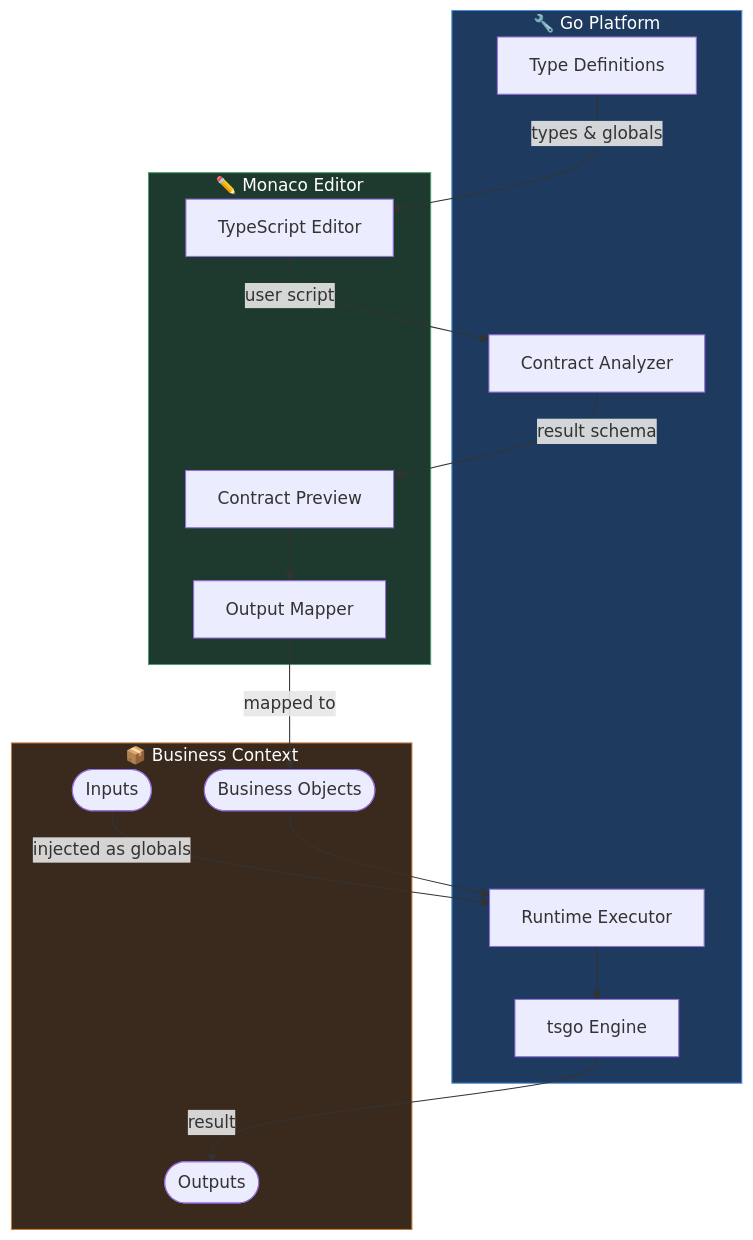
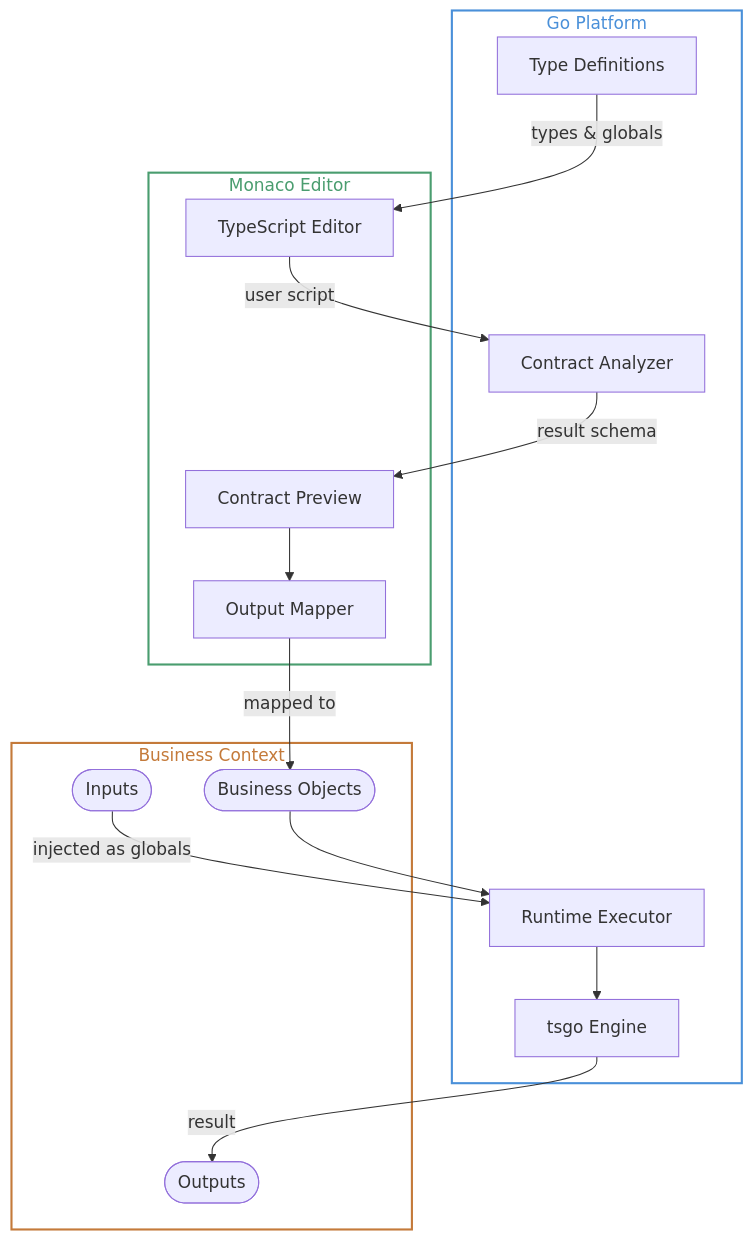
One commit to koltyakov/tsgo changed the first of 2 diagrams in README.md. Above: the diagram before and after it, drawn with Mermaid. The commit also changed other lines of this file, not shown here.

Commit message:
feat: update diagram styles and labels in README for clarity

````diff
--- a/README.md
+++ b/README.md
@@ -11,36 +11,36 @@
 ```mermaid
 flowchart TB
-    subgraph Platform ["🔧 Go Platform"]
+    subgraph Platform ["Go Platform"]
         TypeDefs["Type Definitions"]
         Contracts["Contract Analyzer"]
         Runtime["Runtime Executor"]
         Engine["tsgo Engine"]
     end
 
-    subgraph Editor ["✏️ Monaco Editor"]
+    subgraph Editor ["Monaco Editor"]
         Monaco["TypeScript Editor"]
         ContractView["Contract Preview"]
         Mapper["Output Mapper"]
     end
 
-    subgraph Business ["📦 Business Context"]
+    subgraph Business ["Business Context"]
         Inputs(["Inputs"])
         Objects(["Business Objects"])
         Outputs(["Outputs"])
     end
 
     TypeDefs -->|"types & globals"| Monaco
     Monaco -->|"user script"| Contracts
     Contracts -->|"result schema"| ContractView
     ContractView --> Mapper
     Mapper -->|"mapped to"| Objects
 
     Inputs -->|"injected as globals"| Runtime
     Objects --> Runtime
     Runtime --> Engine
     Engine -->|"result"| Outputs
 
-    style Platform fill:#1e3a5f,stroke:#4a90d9,color:#fff
-    style Editor  fill:#1e3a2f,stroke:#4a9d6f,color:#fff
-    style Business fill:#3a2a1e,stroke:#c47a3a,color:#fff
+    style Platform fill:transparent,stroke:#4a90d9,stroke-width:2px,color:#4a90d9
+    style Editor   fill:transparent,stroke:#4a9d6f,stroke-width:2px,color:#4a9d6f
+    style Business fill:transparent,stroke:#c47a3a,stroke-width:2px,color:#c47a3a
 ```
````
